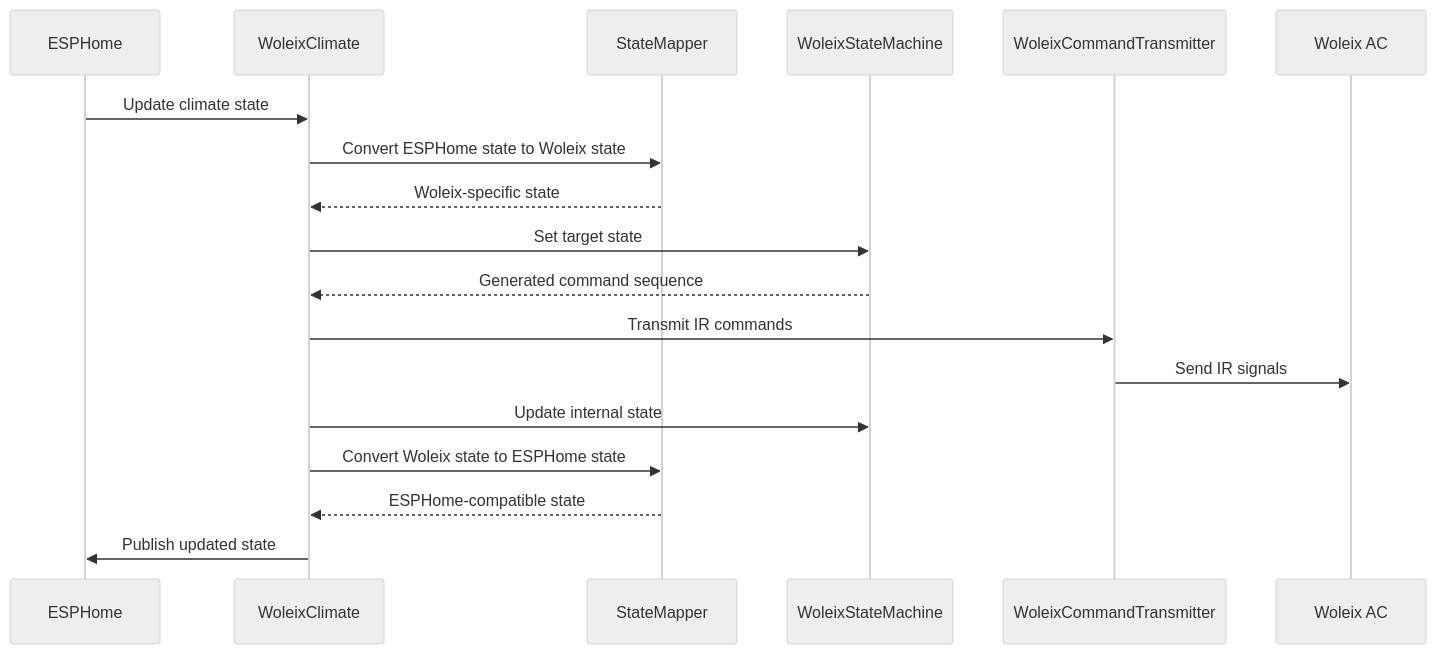
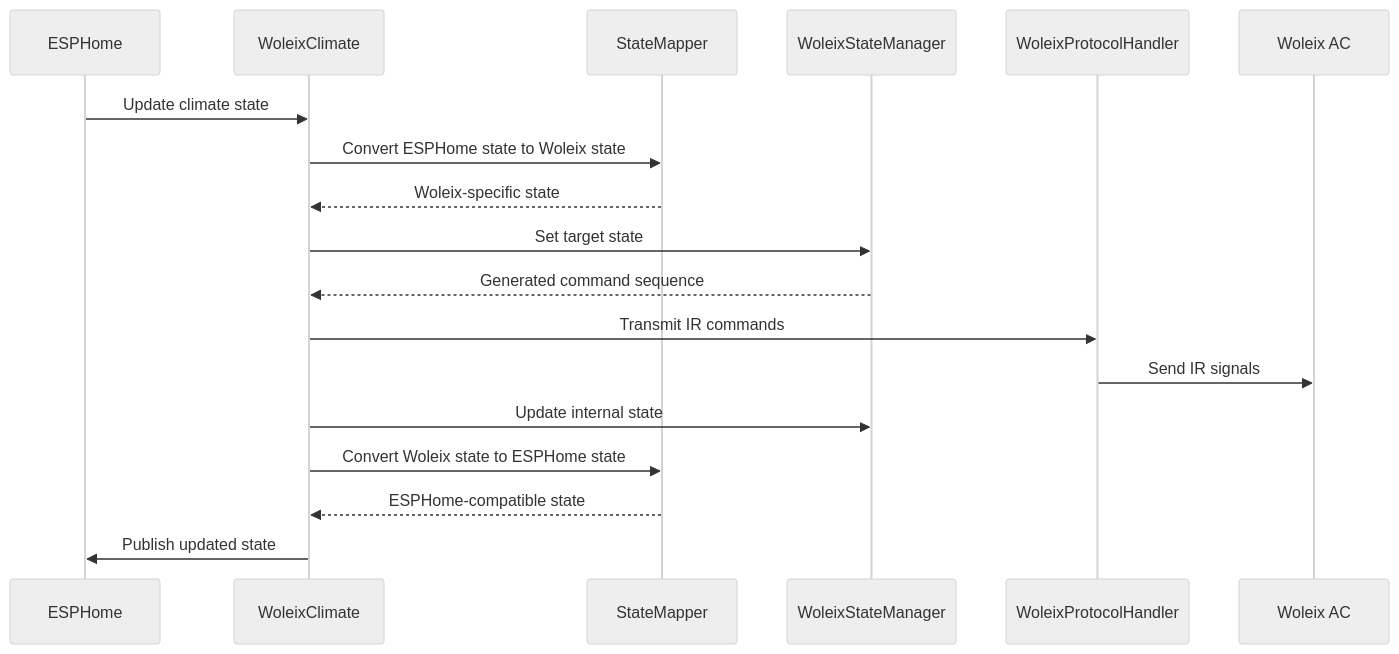
Before and after one commit to ok11/esphome-external-components: the first of 2 diagrams in README.md, drawn with Mermaid (neutral theme). The commit also changed other lines of this file and 11 other files, not shown here.

Commit message:
chore: renamed mock_state_machine to mock_state_manager and updated related tests

````diff
--- a/README.md
+++ b/README.md
@@ -115,21 +115,21 @@
 ```mermaid
 sequenceDiagram
     participant ESPHome
     participant WoleixClimate
     participant StateMapper
-    participant WoleixStateMachine
-    participant WoleixCommandTransmitter
+    participant WoleixStateManager
+    participant WoleixProtocolHandler
     participant Woleix AC
 
     ESPHome->>WoleixClimate: Update climate state
     WoleixClimate->>StateMapper: Convert ESPHome state to Woleix state
     StateMapper-->>WoleixClimate: Woleix-specific state
-    WoleixClimate->>WoleixStateMachine: Set target state
-    WoleixStateMachine-->>WoleixClimate: Generated command sequence
-    WoleixClimate->>WoleixCommandTransmitter: Transmit IR commands
-    WoleixCommandTransmitter->>Woleix AC: Send IR signals
-    WoleixClimate->>WoleixStateMachine: Update internal state
+    WoleixClimate->>WoleixStateManager: Set target state
+    WoleixStateManager-->>WoleixClimate: Generated command sequence
+    WoleixClimate->>WoleixProtocolHandler: Transmit IR commands
+    WoleixProtocolHandler->>Woleix AC: Send IR signals
+    WoleixClimate->>WoleixStateManager: Update internal state
     WoleixClimate->>StateMapper: Convert Woleix state to ESPHome state
     StateMapper-->>WoleixClimate: ESPHome-compatible state
     WoleixClimate->>ESPHome: Publish updated state
 ```
````
